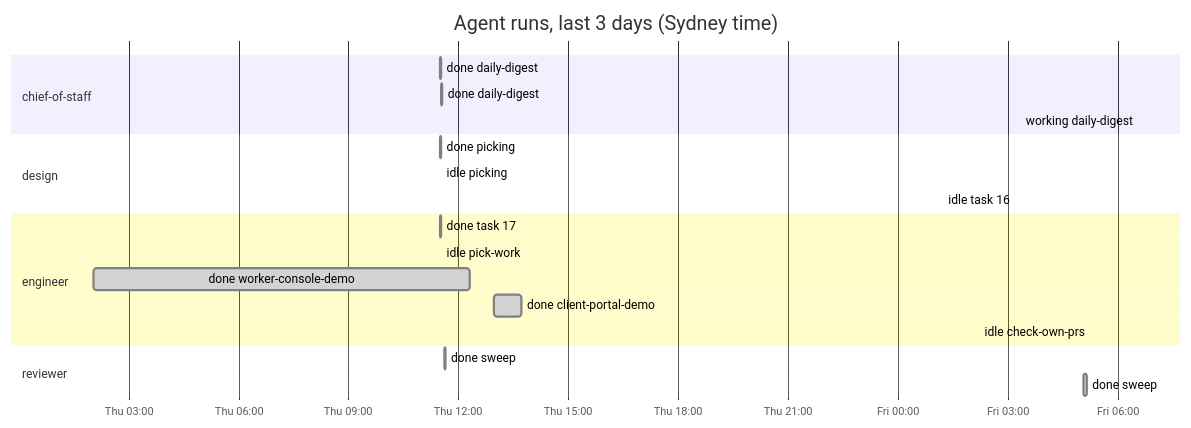
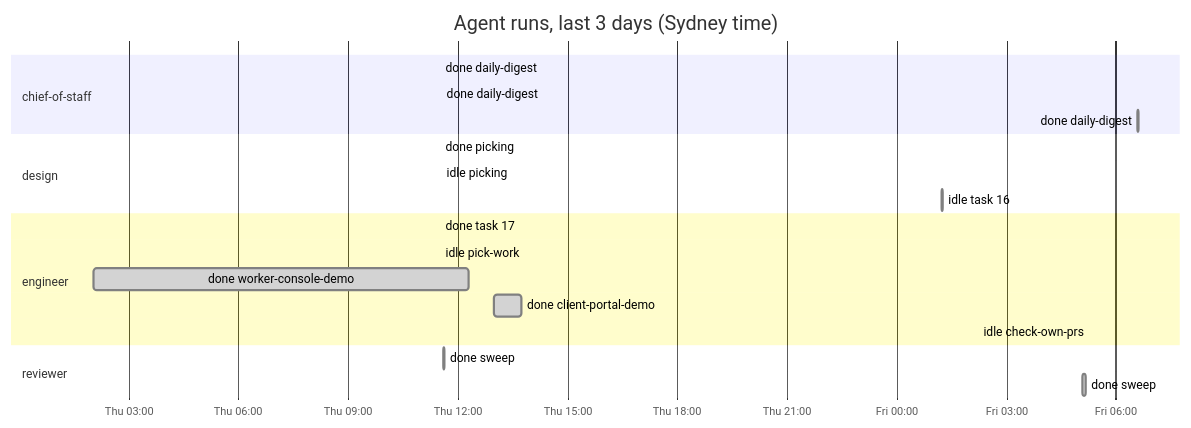
Before and after one commit to roulmediateam-byte/fifteen-expert-hq: the diagram in dashboard.md, drawn with Mermaid. The commit also changed other lines of this file and 1 other file, not shown here.

````diff
--- a/dashboard.md
+++ b/dashboard.md
@@ -33,23 +34,23 @@
 ```mermaid
 gantt
     title Agent runs, last 3 days (Sydney time)
     dateFormat YYYY-MM-DD HH:mm
     axisFormat %a %H:%M
     section chief-of-staff
     done daily-digest :done, 2026-11-05 11:31, 2026-11-05 11:32
     done daily-digest :done, 2026-11-05 11:33, 2026-11-05 11:34
-    working daily-digest :active, 2026-11-06 06:35, 2026-11-06 06:35
+    done daily-digest :done, 2026-11-06 06:35, 2026-11-06 06:37
     section design
     done picking :done, 2026-11-05 11:31, 2026-11-05 11:32
     idle picking :done, 2026-11-05 11:33, 2026-11-05 11:33
     idle task 16 :done, 2026-11-06 01:14, 2026-11-06 01:15
     section engineer
     done task 17 :done, 2026-11-05 11:31, 2026-11-05 11:32
     idle pick-work :done, 2026-11-05 11:32, 2026-11-05 11:32
     done worker-console-demo :done, 2026-11-05 02:03, 2026-11-05 12:19
     done client-portal-demo :done, 2026-11-05 12:59, 2026-11-05 13:44
     idle check-own-prs :done, 2026-11-06 02:14, 2026-11-06 02:14
     section reviewer
     done sweep :done, 2026-11-05 11:37, 2026-11-05 11:39
     done sweep :done, 2026-11-06 05:05, 2026-11-06 05:10
 ```
````
